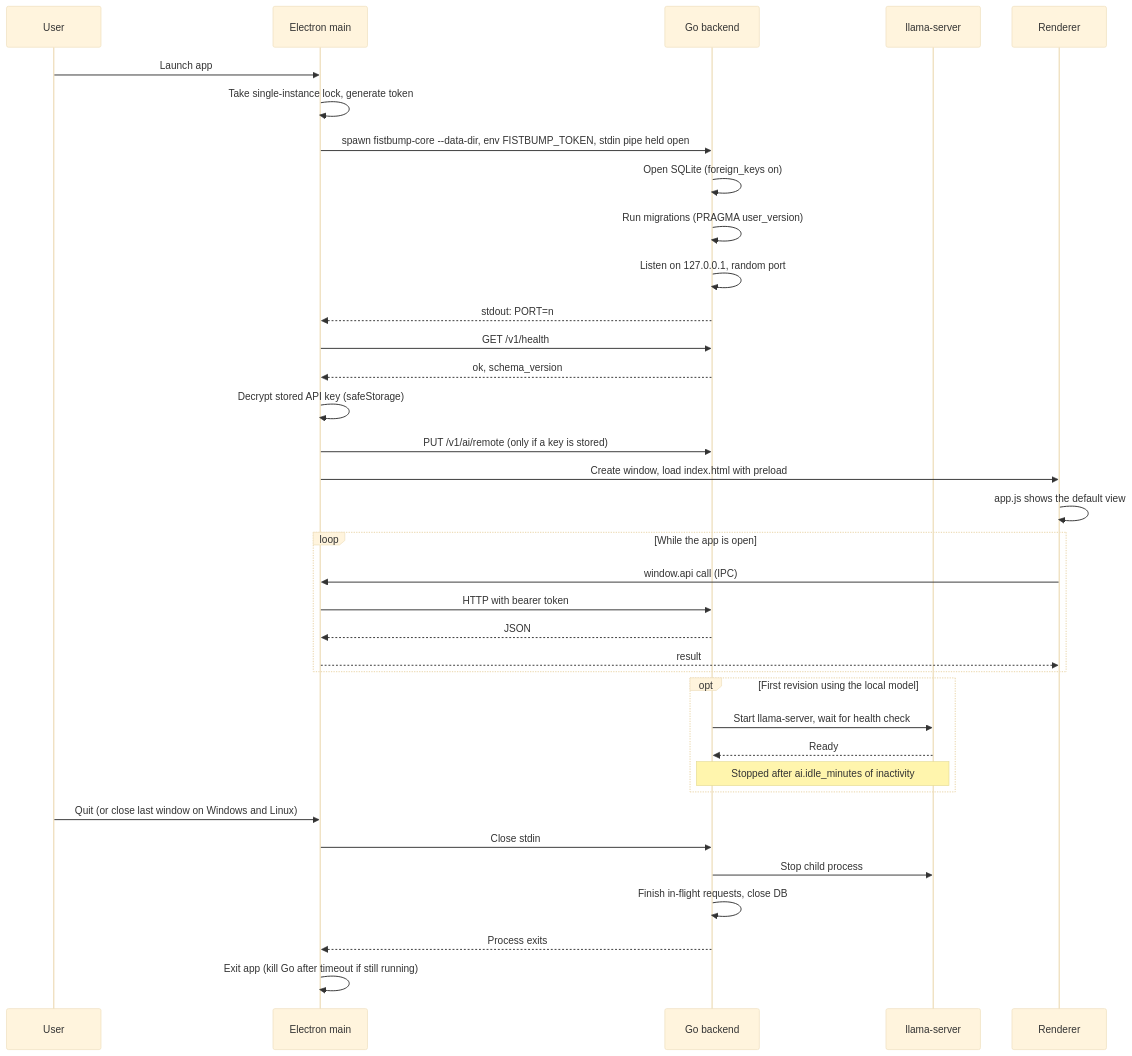
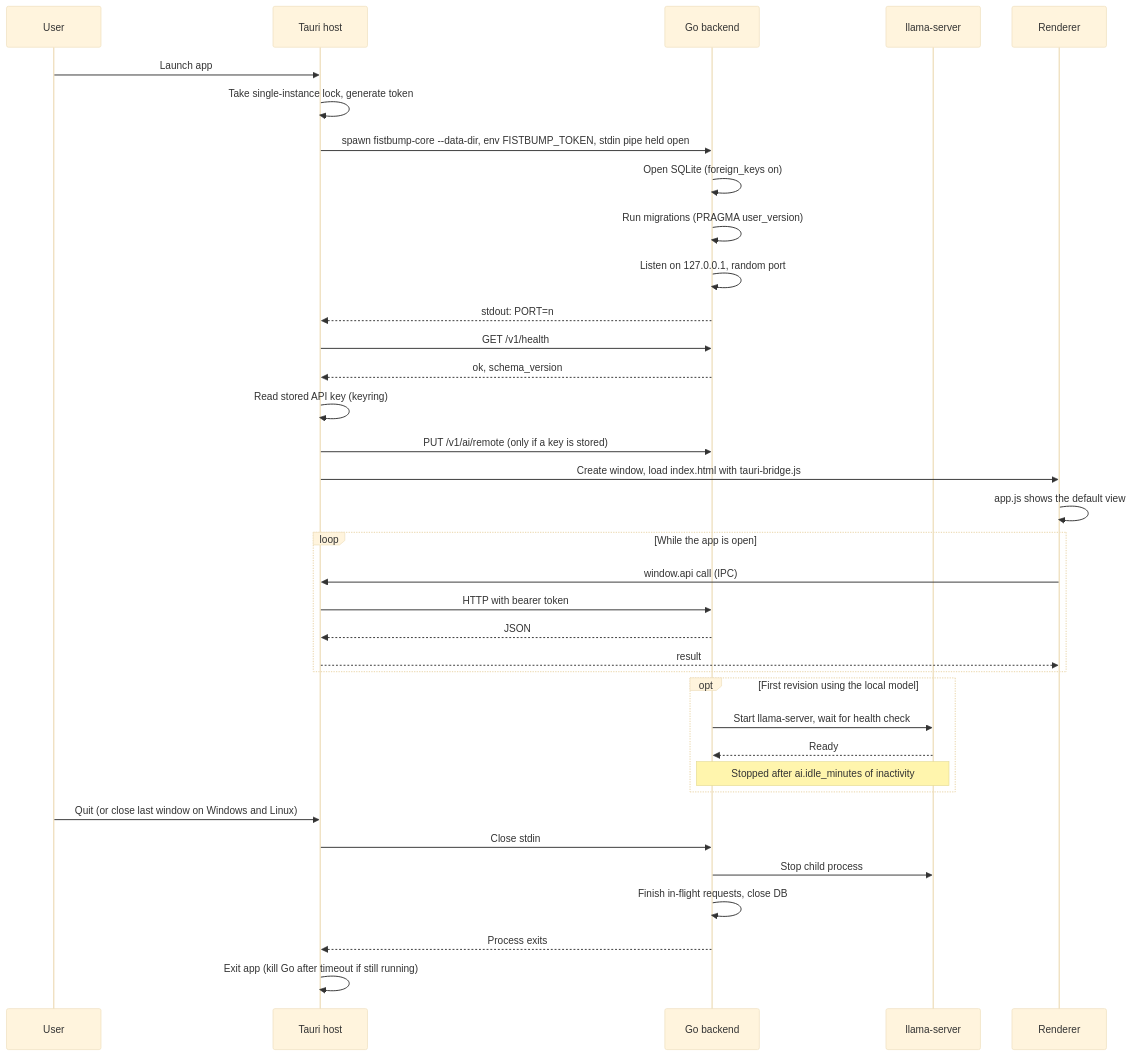
Before and after one commit to tlmcguire/fistbump: the second of 8 diagrams in docs/architecture.md, drawn with Mermaid (base theme). The commit also changed other lines of this file and 82 other files, not shown here.

First line of the commit message:
feat: migrate desktop shell from Electron to Tauri v2

````diff
--- a/docs/architecture.md
+++ b/docs/architecture.md
@@ -47,42 +47,42 @@
 ```mermaid
 sequenceDiagram
     participant U as User
-    participant M as Electron main
+    participant M as Tauri host
     participant G as Go backend
     participant L as llama-server
     participant R as Renderer
 
     U->>M: Launch app
     M->>M: Take single-instance lock, generate token
     M->>G: spawn fistbump-core --data-dir, env FISTBUMP_TOKEN, stdin pipe held open
     G->>G: Open SQLite (foreign_keys on)
     G->>G: Run migrations (PRAGMA user_version)
     G->>G: Listen on 127.0.0.1, random port
     G-->>M: stdout: PORT=n
     M->>G: GET /v1/health
     G-->>M: ok, schema_version
-    M->>M: Decrypt stored API key (safeStorage)
+    M->>M: Read stored API key (keyring)
     M->>G: PUT /v1/ai/remote (only if a key is stored)
-    M->>R: Create window, load index.html with preload
+    M->>R: Create window, load index.html with tauri-bridge.js
     R->>R: app.js shows the default view
 
     loop While the app is open
         R->>M: window.api call (IPC)
         M->>G: HTTP with bearer token
         G-->>M: JSON
         M-->>R: result
     end
 
     opt First revision using the local model
         G->>L: Start llama-server, wait for health check
         L-->>G: Ready
         Note over G,L: Stopped after ai.idle_minutes of inactivity
     end
 
     U->>M: Quit (or close last window on Windows and Linux)
     M->>G: Close stdin
     G->>L: Stop child process
     G->>G: Finish in-flight requests, close DB
     G-->>M: Process exits
     M->>M: Exit app (kill Go after timeout if still running)
 ```
````
